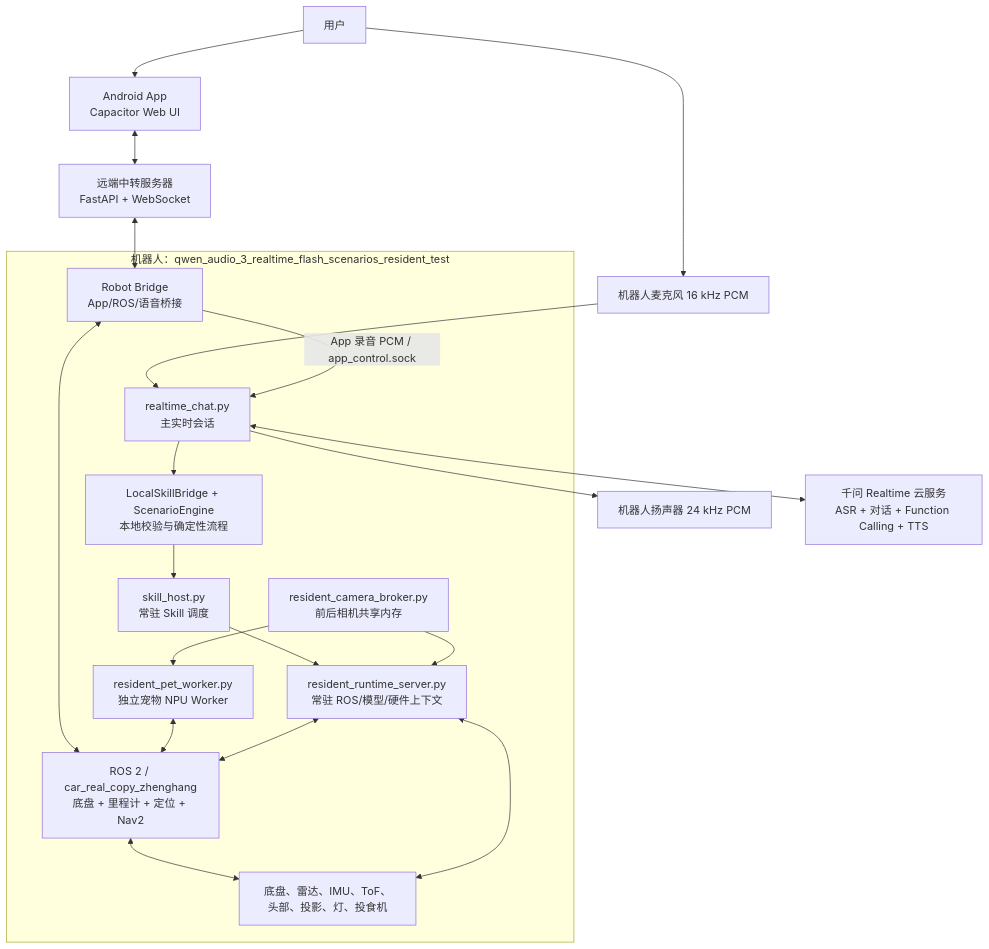
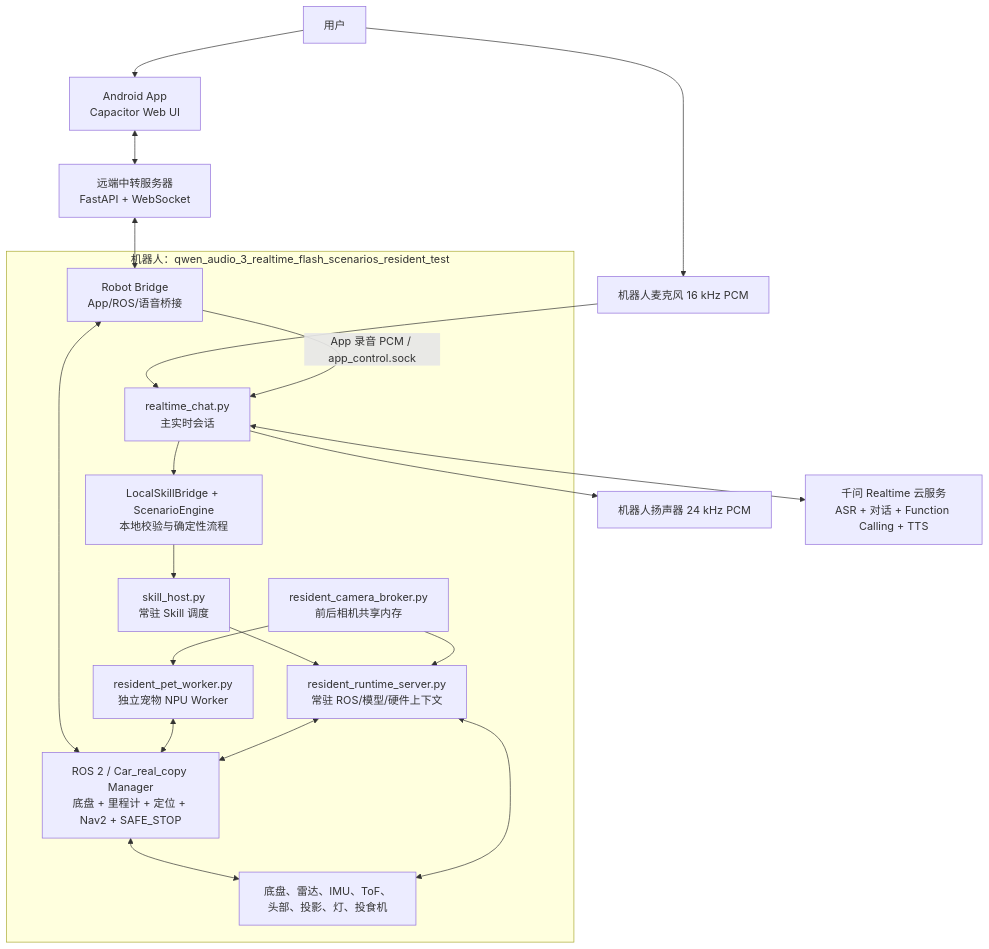
Before and after one commit to AdjacentGarden/qwen_robot_formal: the first of 4 diagrams in SOFTWARE_ARCHITECTURE.md, drawn with Mermaid. The commit also changed other lines of this file and 41 other files, not shown here.

Commit message:
Route Qwen motion through Car_real_copy Manager

````diff
--- a/SOFTWARE_ARCHITECTURE.md
+++ b/SOFTWARE_ARCHITECTURE.md
@@ -27,38 +27,38 @@
 ```mermaid
 flowchart TB
     User["用户"]
     Phone["Android App<br/>Capacitor Web UI"]
     Relay["远端中转服务器<br/>FastAPI + WebSocket"]
     Mic["机器人麦克风 16 kHz PCM"]
     Speaker["机器人扬声器 24 kHz PCM"]
     Qwen["千问 Realtime 云服务<br/>ASR + 对话 + Function Calling + TTS"]
 
     subgraph Robot["机器人：qwen_audio_3_realtime_flash_scenarios_resident_test"]
         Bridge["Robot Bridge<br/>App/ROS/语音桥接"]
         Chat["realtime_chat.py<br/>主实时会话"]
         Scenario["LocalSkillBridge + ScenarioEngine<br/>本地校验与确定性流程"]
         Host["skill_host.py<br/>常驻 Skill 调度"]
         Resident["resident_runtime_server.py<br/>常驻 ROS/模型/硬件上下文"]
         Camera["resident_camera_broker.py<br/>前后相机共享内存"]
         Pet["resident_pet_worker.py<br/>独立宠物 NPU Worker"]
-        ROS["ROS 2 / car_real_copy_zhenghang<br/>底盘 + 里程计 + 定位 + Nav2"]
+        ROS["ROS 2 / Car_real_copy Manager<br/>底盘 + 里程计 + 定位 + Nav2 + SAFE_STOP"]
         Devices["底盘、雷达、IMU、ToF、头部、投影、灯、投食机"]
     end
 
     User --> Phone
     User --> Mic
     Phone <--> Relay
     Relay <--> Bridge
     Mic --> Chat
     Bridge -->|"App 录音 PCM / app_control.sock"| Chat
     Chat <--> Qwen
     Chat --> Speaker
     Chat --> Scenario --> Host --> Resident
     Bridge <--> ROS
     Camera --> Resident
     Camera --> Pet
     Pet <--> ROS
     Resident <--> ROS
     ROS <--> Devices
     Resident <--> Devices
 ```
````
